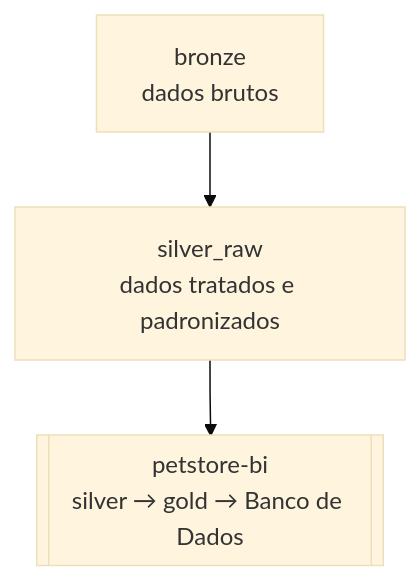
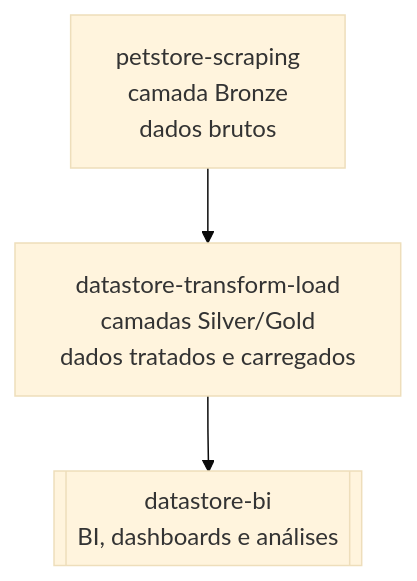
One commit to rafa-trindade/petstore-scraping changed the diagram in README.MD. Above: the diagram before and after it, drawn with Mermaid (base theme). The commit also changed other lines of this file and 4 other files, not shown here.

````diff
--- a/README.MD
+++ b/README.MD
@@ -31,5 +35,5 @@
 ```mermaid
 graph TD
-    A[bronze<br>dados brutos] --> B[silver_raw<br>dados tratados e padronizados]
-    B --> C[[petstore-bi<br>silver → gold → Banco de Dados]]
+    A[petstore-scraping<br>camada Bronze<br>dados brutos] --> B[datastore-transform-load<br>camadas Silver/Gold<br>dados tratados e carregados]
+    B --> C[[datastore-bi<br>BI, dashboards e análises]]
 ```
````
